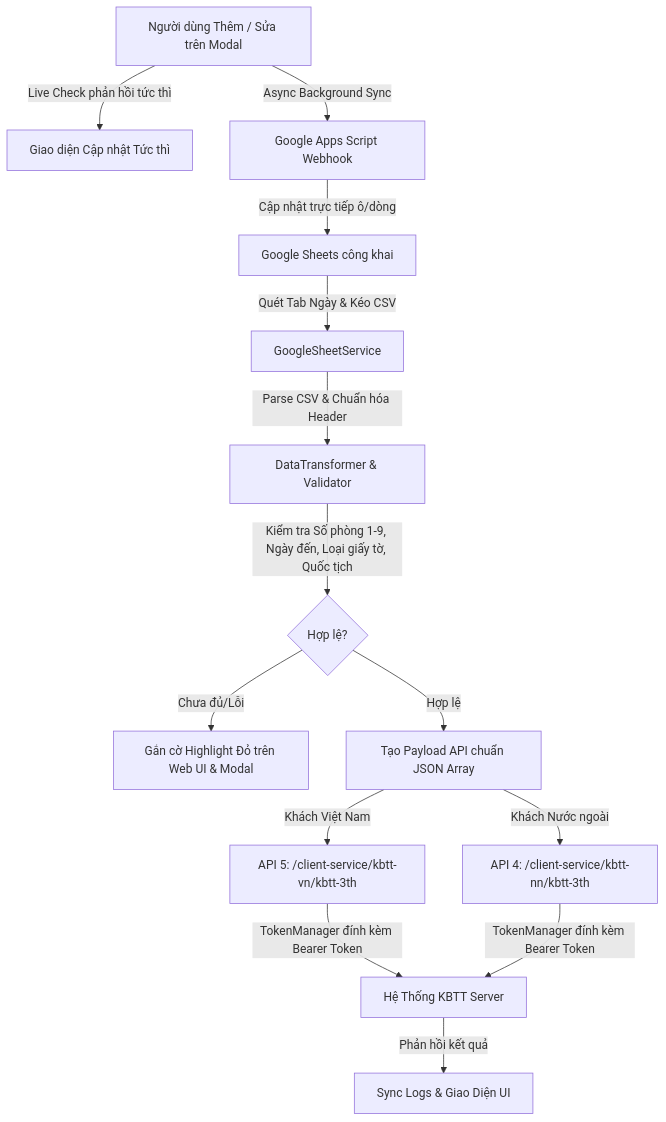
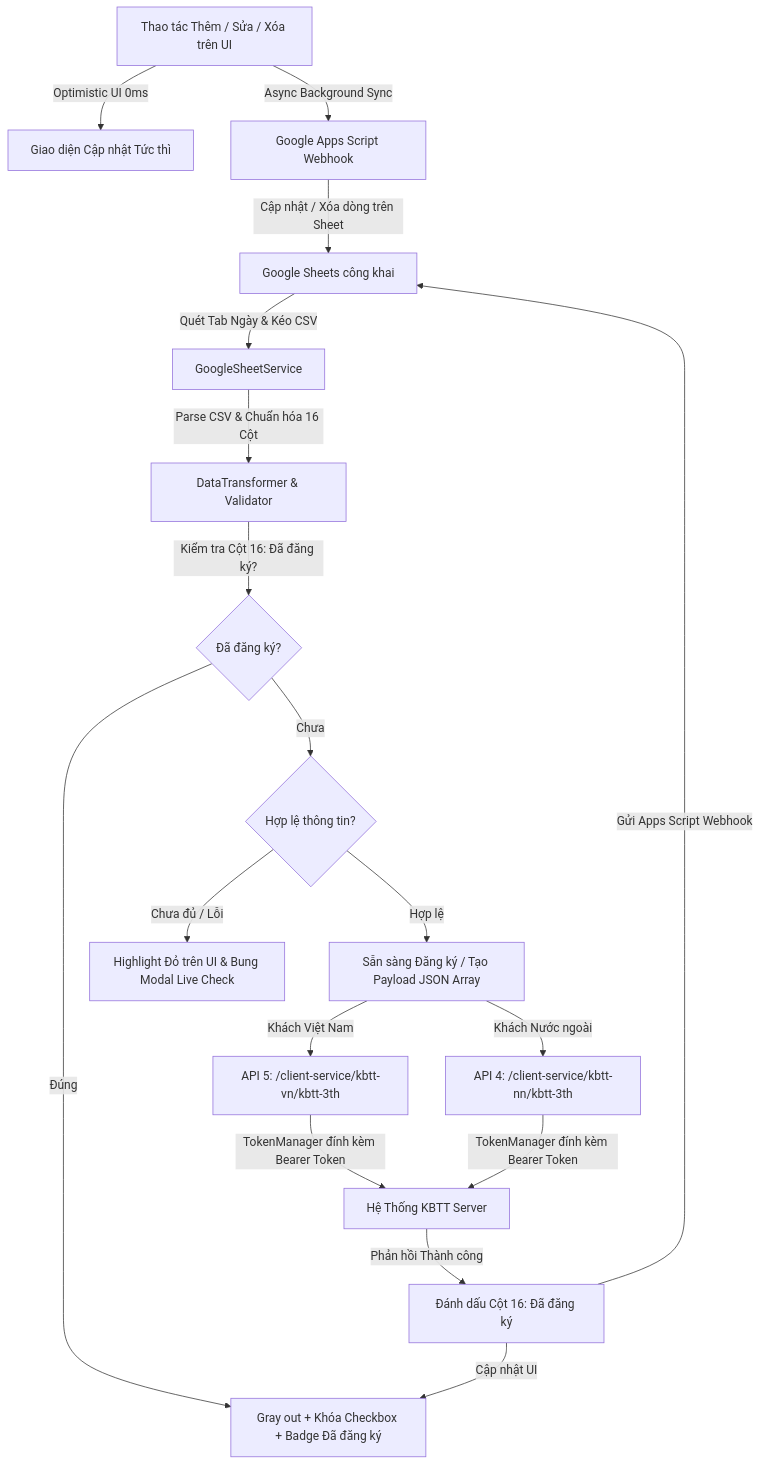
The diagram in README.md (akhademik/dang-ky-luu-tru), drawn with Mermaid before and after one commit. The commit also changed other lines of this file and 6 other files, not shown here.

Commit message:
docs: update README with latest features, workflows, and refresh graphify knowledge graph

````diff
--- a/README.md
+++ b/README.md
@@ -88,16 +95,23 @@
 ```mermaid
 flowchart TD
     A[Google Sheets công khai] -->|Quét Tab Ngày & Kéo CSV| B[GoogleSheetService]
-    B -->|Parse CSV & Chuẩn hóa Header| C[DataTransformer & Validator]
-    C -->|Kiểm tra Số phòng 1-9, Ngày đến, Loại giấy tờ, Quốc tịch| C1{Hợp lệ?}
-    C1 -->|Chưa đủ/Lỗi| D[Gắn cờ Highlight Đỏ trên Web UI & Modal]
-    C1 -->|Hợp lệ| E[Tạo Payload API chuẩn JSON Array]
+    B -->|Parse CSV & Chuẩn hóa 16 Cột| C[DataTransformer & Validator]
+    C -->|Kiểm tra Cột 16: Đã đăng ký?| C0{Đã đăng ký?}
+    C0 -->|Đúng| C_LOCKED[Gray out + Khóa Checkbox + Badge Đã đăng ký]
+    C0 -->|Chưa| C1{Hợp lệ thông tin?}
+    
+    C1 -->|Chưa đủ / Lỗi| D[Highlight Đỏ trên UI & Bung Modal Live Check]
+    C1 -->|Hợp lệ| E[Sẵn sàng Đăng ký / Tạo Payload JSON Array]
+    
     E -->|Khách Việt Nam| F[API 5: /client-service/kbtt-vn/kbtt-3th]
     E -->|Khách Nước ngoài| G[API 4: /client-service/kbtt-nn/kbtt-3th]
     F & G -->|TokenManager đính kèm Bearer Token| H[Hệ Thống KBTT Server]
-    H -->|Phản hồi kết quả| I[Sync Logs & Giao Diện UI]
     
-    J[Người dùng Thêm / Sửa trên Modal] -->|Live Check phản hồi tức thì| K[Giao diện Cập nhật Tức thì]
+    H -->|Phản hồi Thành công| SYNC_OK[Đánh dấu Cột 16: Đã đăng ký]
+    SYNC_OK -->|Gửi Apps Script Webhook| A
+    SYNC_OK -->|Cập nhật UI| C_LOCKED
+    
+    J[Thao tác Thêm / Sửa / Xóa trên UI] -->|Optimistic UI 0ms| K[Giao diện Cập nhật Tức thì]
     J -->|Async Background Sync| L[Google Apps Script Webhook]
-    L -->|Cập nhật trực tiếp ô/dòng| A
+    L -->|Cập nhật / Xóa dòng trên Sheet| A
 ```
````
